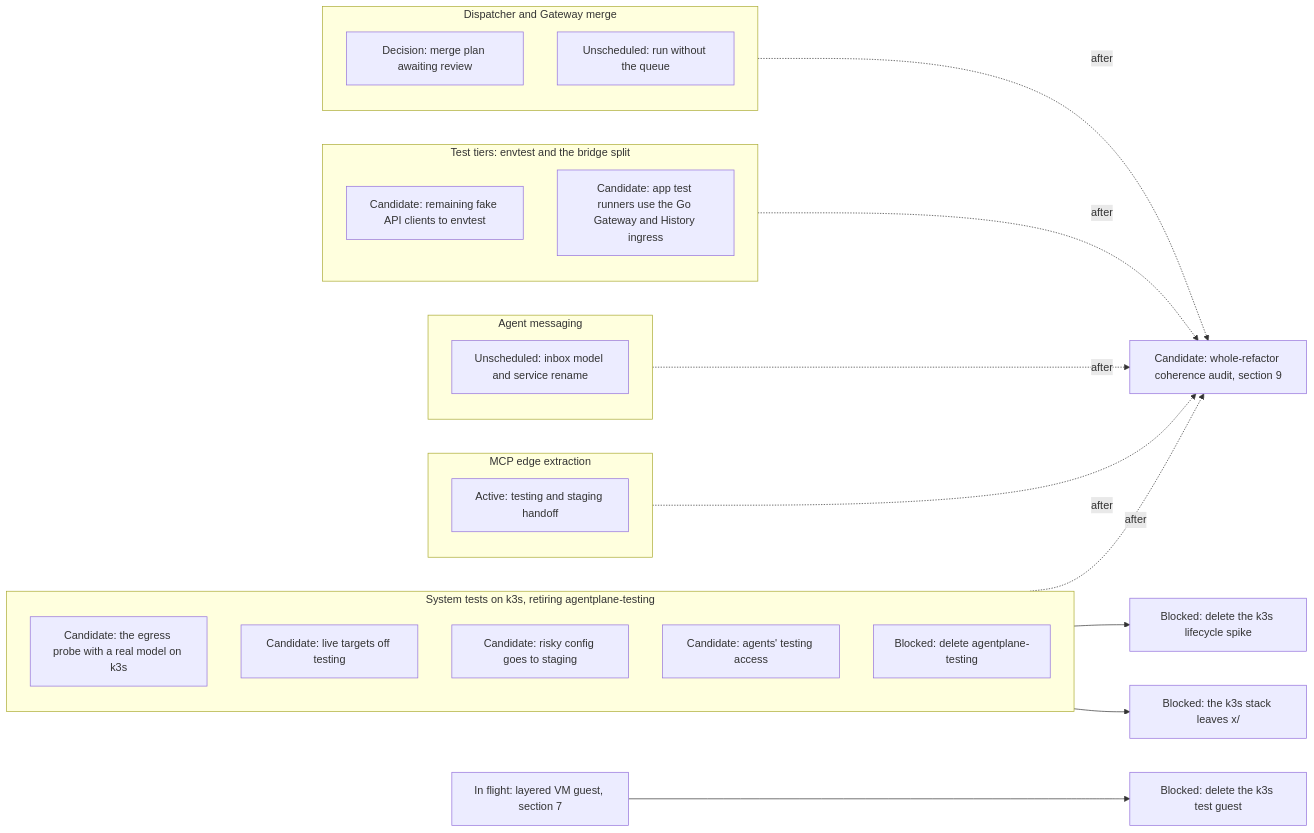
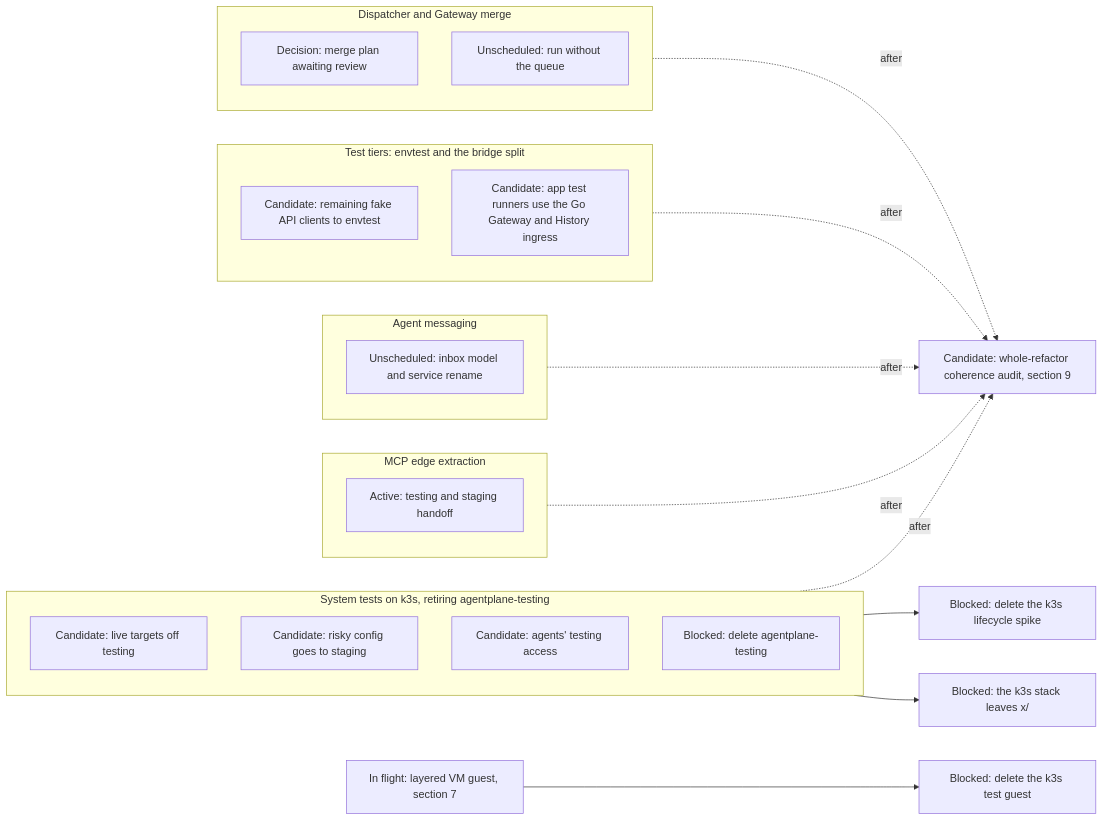
Before and after one commit to agentydragon-agent/ducktape: the first of 19 diagrams in agentplane/plans/task_dag.md, drawn with Mermaid. The commit also changed other lines of this file and 8 other files, not shown here.

First line of the commit message:
agentplane: egress probe with a real model on k3s

````diff
--- a/agentplane/plans/task_dag.md
+++ b/agentplane/plans/task_dag.md
@@ -29,32 +29,31 @@
 ```mermaid
 flowchart LR
     subgraph ACTION_TRACK[MCP edge extraction]
         ACTION_MCP_EDGE_SPLIT[Active: testing and staging handoff]
     end
     subgraph MESSAGING_TRACK[Agent messaging]
         NOTIFICATION_SERVICE_SPLIT[Unscheduled: inbox model and service rename]
     end
     subgraph K3S_TRACK[System tests on k3s, retiring agentplane-testing]
-        K3S_MODEL_SCENARIOS[Candidate: the egress probe with a real model on k3s]
         LIVE_TARGETS_OFF_TESTING[Candidate: live targets off testing]
         STAGING_FIRST_ROLLOUT[Candidate: risky config goes to staging]
         AGENT_TESTING_ACCESS_RETIRE[Candidate: agents' testing access]
         TESTING_ENVIRONMENT_RETIRE[Blocked: delete agentplane-testing]
     end
     subgraph TIER_TRACK[Test tiers: envtest and the bridge split]
         FAKE_CLIENTS_TO_ENVTEST[Candidate: remaining fake API clients to envtest]
         APP_TEST_RUNNER_FIXTURES_GO[Candidate: app test runners use the Go Gateway and History ingress]
     end
     subgraph DISPATCH_TRACK[Dispatcher and Gateway merge]
         DISPATCHER_PERSISTENCE_MODEL_DESIGN[Decision: merge plan awaiting review]
         DISPATCHER_QUEUE_OPTIONAL[Unscheduled: run without the queue]
     end
     K3S_TRACK --> K3S_ENV_OUT_OF_X[Blocked: the k3s stack leaves x/]
     K3S_TRACK --> K3S_SPIKE_TARGETS_RETIRE[Blocked: delete the k3s lifecycle spike]
     RUNNER_LAYERING_VM[In flight: layered VM guest, section 7] --> K3S_TEST_GUEST_RETIRE[Blocked: delete the k3s test guest]
     ACTION_TRACK -. after .-> REFACTOR_COHERENCE_AUDIT[Candidate: whole-refactor coherence audit, section 9]
     MESSAGING_TRACK -. after .-> REFACTOR_COHERENCE_AUDIT
     K3S_TRACK -. after .-> REFACTOR_COHERENCE_AUDIT
     TIER_TRACK -. after .-> REFACTOR_COHERENCE_AUDIT
     DISPATCH_TRACK -. after .-> REFACTOR_COHERENCE_AUDIT
 ```
````
